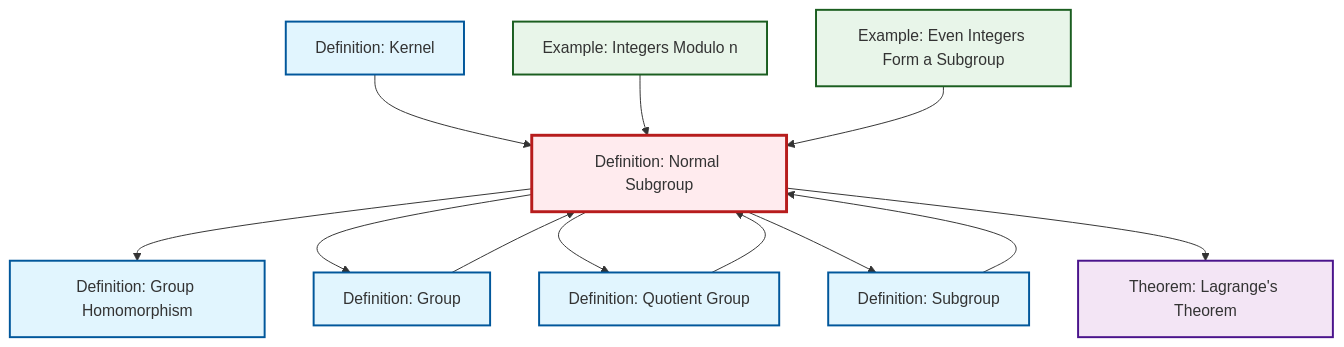
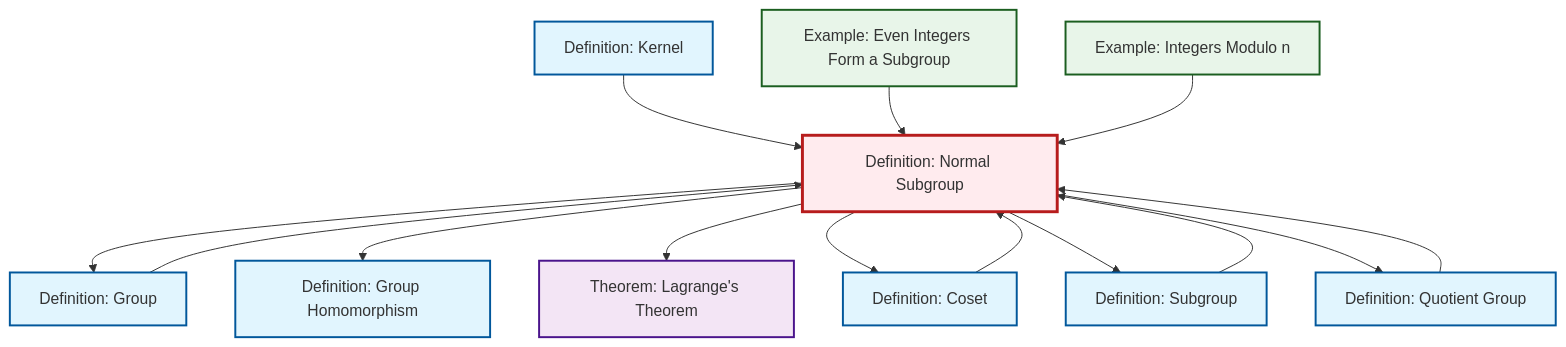
One commit to RK0429/ModernMath changed the diagram in content/ja/algebra/def-normal-subgroup.qmd. Above: the diagram before and after it, drawn with Mermaid. The commit also changed 417 other files, not shown here.

````diff
--- a/content/ja/algebra/def-normal-subgroup.qmd
+++ b/content/ja/algebra/def-normal-subgroup.qmd
@@ -90,38 +90,42 @@
 ```{mermaid}
 %%| fig-cap: "Local dependency graph"
 graph TD
     classDef definition fill:#e1f5fe,stroke:#01579b,stroke-width:2px
     classDef theorem fill:#f3e5f5,stroke:#4a148c,stroke-width:2px
     classDef axiom fill:#fff3e0,stroke:#e65100,stroke-width:2px
     classDef example fill:#e8f5e9,stroke:#1b5e20,stroke-width:2px
     classDef current fill:#ffebee,stroke:#b71c1c,stroke-width:3px
+    def-kernel["Definition: Kernel"]:::definition
+    ex-even-integers-subgroup["Example: Even Integers Form a Subgroup"]:::example
+    def-coset["Definition: Coset"]:::definition
+    def-homomorphism["Definition: Group Homomorphism"]:::definition
     def-normal-subgroup["Definition: Normal Subgroup"]:::definition
+    ex-quotient-integers-mod-n["Example: Integers Modulo n"]:::example
+    def-quotient-group["Definition: Quotient Group"]:::definition
     def-subgroup["Definition: Subgroup"]:::definition
-    def-kernel["Definition: Kernel"]:::definition
     def-group["Definition: Group"]:::definition
-    def-homomorphism["Definition: Group Homomorphism"]:::definition
-    def-quotient-group["Definition: Quotient Group"]:::definition
     thm-lagrange["Theorem: Lagrange's Theorem"]:::theorem
-    ex-even-integers-subgroup["Example: Even Integers Form a Subgroup"]:::example
-    ex-quotient-integers-mod-n["Example: Integers Modulo n"]:::example
+    def-quotient-group --> def-normal-subgroup
+    def-normal-subgroup --> def-group
     def-normal-subgroup --> def-homomorphism
+    def-normal-subgroup --> thm-lagrange
     def-kernel --> def-normal-subgroup
-    def-normal-subgroup --> def-group
-    def-normal-subgroup --> def-quotient-group
-    ex-quotient-integers-mod-n --> def-normal-subgroup
+    def-coset --> def-normal-subgroup
+    def-normal-subgroup --> def-coset
     def-normal-subgroup --> def-subgroup
     def-subgroup --> def-normal-subgroup
     def-group --> def-normal-subgroup
-    def-quotient-group --> def-normal-subgroup
     ex-even-integers-subgroup --> def-normal-subgroup
-    def-normal-subgroup --> thm-lagrange
+    ex-quotient-integers-mod-n --> def-normal-subgroup
+    def-normal-subgroup --> def-quotient-group
     class def-normal-subgroup current
+    click def-kernel "def-kernel.html" "Definition: Kernelへ"
+    click ex-even-integers-subgroup "ex-even-integers-subgroup.html" "Example: Even Integers Form a Subgroupへ"
+    click def-coset "def-coset.html" "Definition: Cosetへ"
+    click def-homomorphism "def-homomorphism.html" "Definition: Group Homomorphismへ"
+    click ex-quotient-integers-mod-n "ex-quotient-integers-mod-n.html" "Example: Integers Modulo nへ"
+    click def-quotient-group "def-quotient-group.html" "Definition: Quotient Groupへ"
     click def-subgroup "def-subgroup.html" "Definition: Subgroupへ"
-    click def-kernel "def-kernel.html" "Definition: Kernelへ"
     click def-group "def-group.html" "Definition: Groupへ"
-    click def-homomorphism "def-homomorphism.html" "Definition: Group Homomorphismへ"
-    click def-quotient-group "def-quotient-group.html" "Definition: Quotient Groupへ"
     click thm-lagrange "thm-lagrange.html" "Theorem: Lagrange's Theoremへ"
-    click ex-even-integers-subgroup "ex-even-integers-subgroup.html" "Example: Even Integers Form a Subgroupへ"
-    click ex-quotient-integers-mod-n "ex-quotient-integers-mod-n.html" "Example: Integers Modulo nへ"
 ```
````
